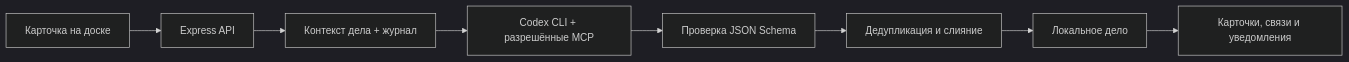
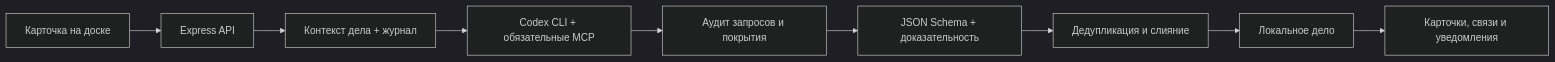
One commit to Multsev/detective-ai changed the diagram in README.md. Above: the diagram before and after it, drawn with Mermaid (dark theme). The commit also changed other lines of this file and 35 other files, not shown here.

````diff
--- a/README.md
+++ b/README.md
@@ -175,10 +173,11 @@
 ```mermaid
 flowchart LR
     UI[Карточка на доске] --> API[Express API]
     API --> Context[Контекст дела + журнал]
-    Context --> Codex[Codex CLI + разрешённые MCP]
-    Codex --> Schema[Проверка JSON Schema]
+    Context --> Codex[Codex CLI + обязательные MCP]
+    Codex --> Audit[Аудит запросов и покрытия]
+    Audit --> Schema[JSON Schema + доказательность]
     Schema --> Merge[Дедупликация и слияние]
     Merge --> Store[Локальное дело]
     Store --> Board[Карточки, связи и уведомления]
 ```
````
